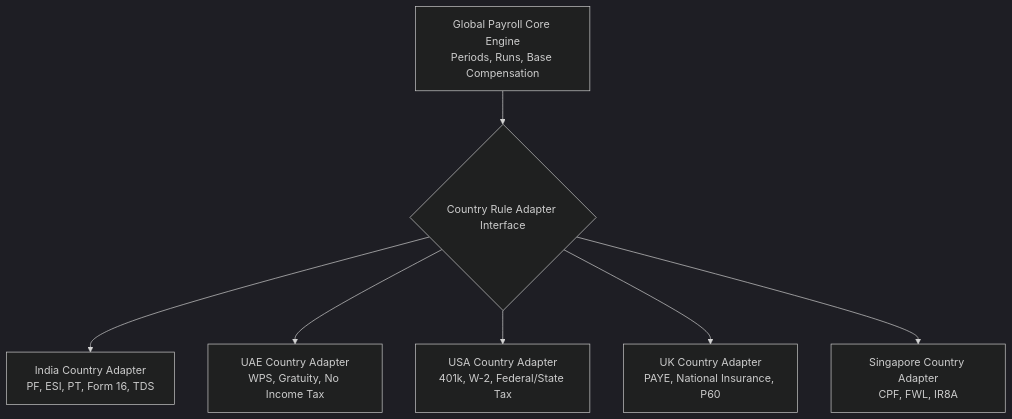
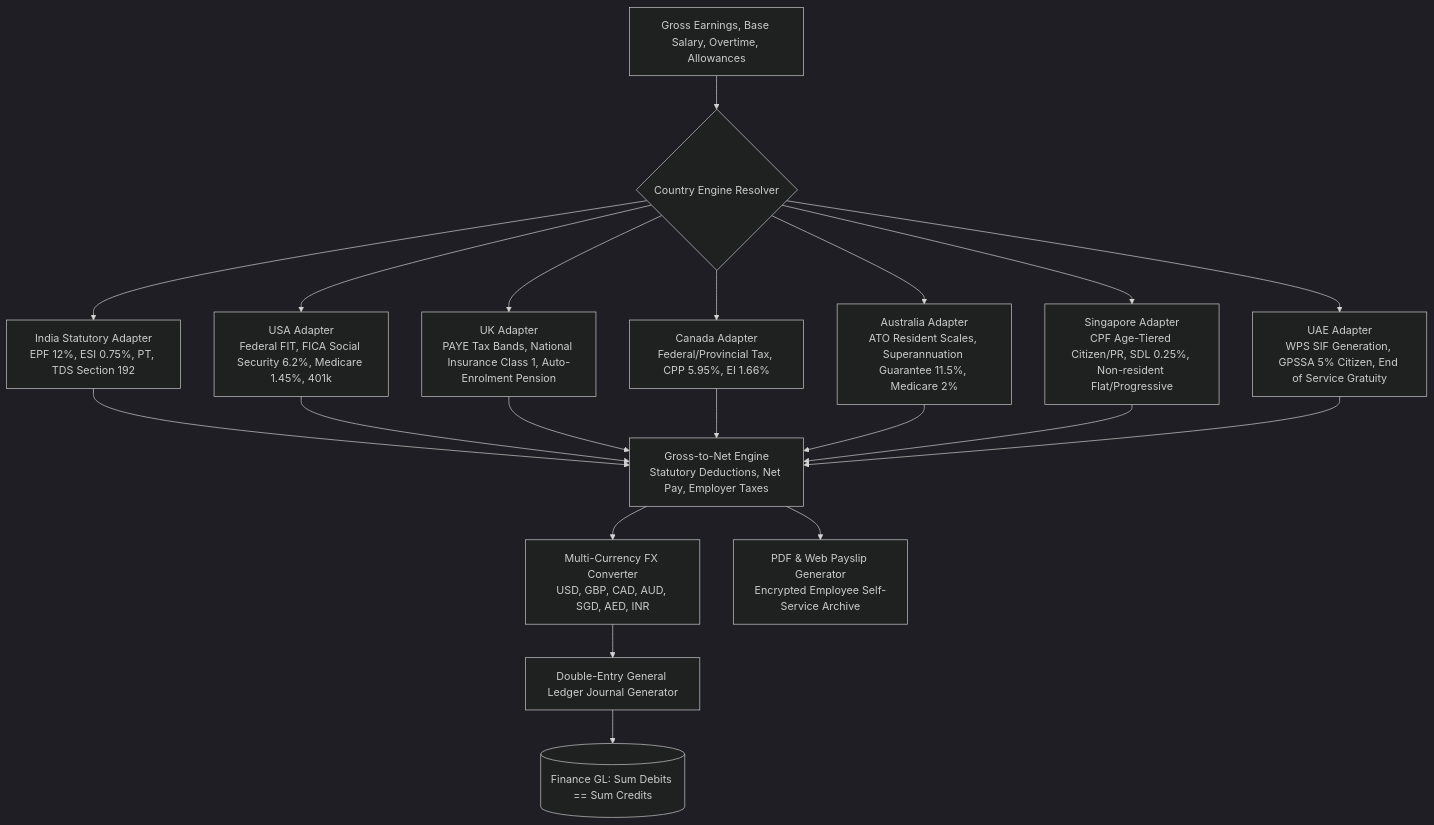
One commit to Raymonddinesh/zeramai-hr changed the fifth of 7 diagrams in ARCHITECTURE.md. Above: the diagram before and after it, drawn with Mermaid (dark theme). The commit also changed other lines of this file and 4 other files, not shown here.

Commit message:
Docs: Update system architecture specification, complete step-by-step operations guide, technical documentation, and release notes for v2.1.0

````diff
--- a/ARCHITECTURE.md
+++ b/ARCHITECTURE.md
@@ -96,9 +173,25 @@
 ```mermaid
 graph TD
-    Core[Global Payroll Core Engine\nPeriods, Runs, Base Compensation] --> AdapterPattern{Country Rule Adapter Interface}
-    AdapterPattern --> India[India Country Adapter\nPF, ESI, PT, Form 16, TDS]
-    AdapterPattern --> UAE[UAE Country Adapter\nWPS, Gratuity, No Income Tax]
-    AdapterPattern --> USA[USA Country Adapter\n401k, W-2, Federal/State Tax]
-    AdapterPattern --> UK[UK Country Adapter\nPAYE, National Insurance, P60]
-    AdapterPattern --> SG[Singapore Country Adapter\nCPF, FWL, IR8A]
+    Input[Gross Earnings, Base Salary, Overtime, Allowances] --> Engine{Country Engine Resolver}
+    
+    Engine --> IND[India Statutory Adapter\nEPF 12%, ESI 0.75%, PT, TDS Section 192]
+    Engine --> USA[USA Adapter\nFederal FIT, FICA Social Security 6.2%, Medicare 1.45%, 401k]
+    Engine --> GBR[UK Adapter\nPAYE Tax Bands, National Insurance Class 1, Auto-Enrolment Pension]
+    Engine --> CAN[Canada Adapter\nFederal/Provincial Tax, CPP 5.95%, EI 1.66%]
+    Engine --> AUS[Australia Adapter\nATO Resident Scales, Superannuation Guarantee 11.5%, Medicare 2%]
+    Engine --> SGP[Singapore Adapter\nCPF Age-Tiered Citizen/PR, SDL 0.25%, Non-resident Flat/Progressive]
+    Engine --> ARE[UAE Adapter\nWPS SIF Generation, GPSSA 5% Citizen, End of Service Gratuity]
+
+    IND --> Calc[Gross-to-Net Engine\nStatutory Deductions, Net Pay, Employer Taxes]
+    USA --> Calc
+    GBR --> Calc
+    CAN --> Calc
+    AUS --> Calc
+    SGP --> Calc
+    ARE --> Calc
+
+    Calc --> FX[Multi-Currency FX Converter\nUSD, GBP, CAD, AUD, SGD, AED, INR]
+    FX --> Ledger[Double-Entry General Ledger Journal Generator]
+    Ledger --> GL[(Finance GL: Sum Debits == Sum Credits)]
+    Calc --> Payslip[PDF & Web Payslip Generator\nEncrypted Employee Self-Service Archive]
 ```
````
